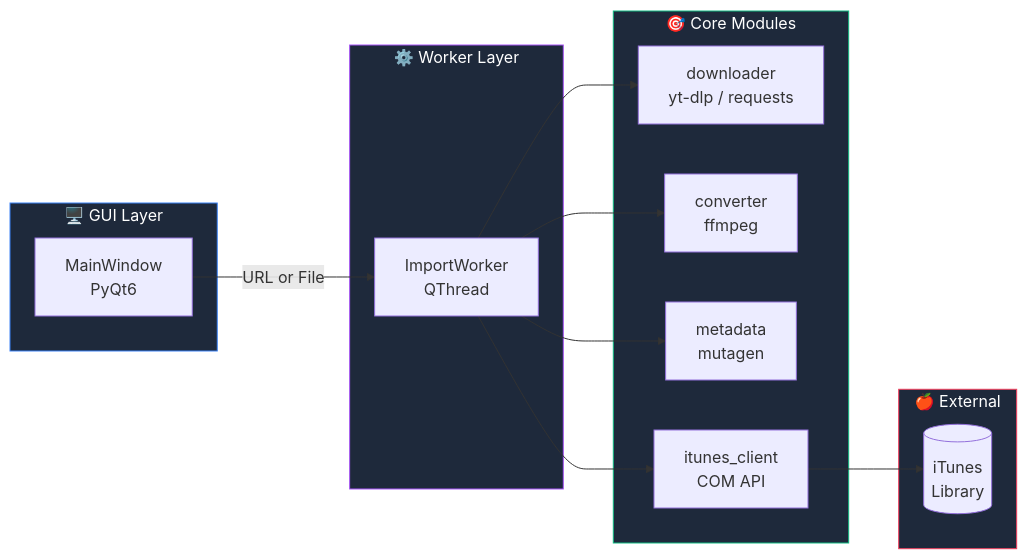
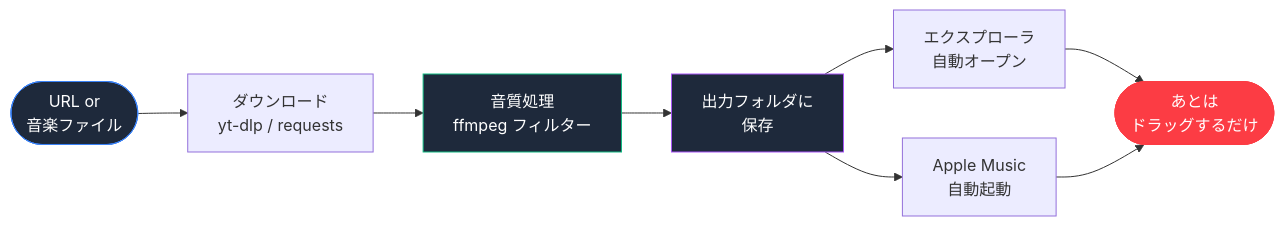
Before and after one commit to Assy2005/itunes-library-helper: the diagram in README.md, drawn with Mermaid. The commit also changed other lines of this file and 6 other files, not shown here.

````diff
--- a/README.md
+++ b/README.md
@@ -93,30 +92,15 @@
 ```mermaid
 flowchart LR
-    subgraph UI[" 🖥️  GUI Layer "]
-        MW[MainWindow<br/>PyQt6]
-    end
-    subgraph WORK[" ⚙️  Worker Layer "]
-        IW[ImportWorker<br/>QThread]
-    end
-    subgraph CORE[" 🎯  Core Modules "]
-        DL[downloader<br/>yt-dlp / requests]
-        CV[converter<br/>ffmpeg]
-        MD[metadata<br/>mutagen]
-        IT[itunes_client<br/>COM API]
-    end
-    subgraph EXT[" 🍎  External "]
-        ITUNES[(iTunes<br/>Library)]
-    end
+    A([URL or<br/>音楽ファイル]) --> B[ダウンロード<br/>yt-dlp / requests]
+    B --> C[音質処理<br/>ffmpeg フィルター]
+    C --> D[出力フォルダに<br/>保存]
+    D --> E[エクスプローラ<br/>自動オープン]
+    D --> F[Apple Music<br/>自動起動]
+    E --> G([あとは<br/>ドラッグするだけ])
+    F --> G
 
-    MW -->|URL or File| IW
-    IW --> DL
-    IW --> CV
-    IW --> MD
-    IW --> IT
-    IT --> ITUNES
-
-    style UI fill:#1e293b,stroke:#3b82f6,color:#fff
-    style WORK fill:#1e293b,stroke:#a855f7,color:#fff
-    style CORE fill:#1e293b,stroke:#10b981,color:#fff
-    style EXT fill:#1e293b,stroke:#f43f5e,color:#fff
+    style A fill:#1e293b,stroke:#3b82f6,color:#fff
+    style C fill:#1e293b,stroke:#10b981,color:#fff
+    style D fill:#1e293b,stroke:#a855f7,color:#fff
+    style G fill:#fc3c44,stroke:#fc3c44,color:#fff
 ```
````
